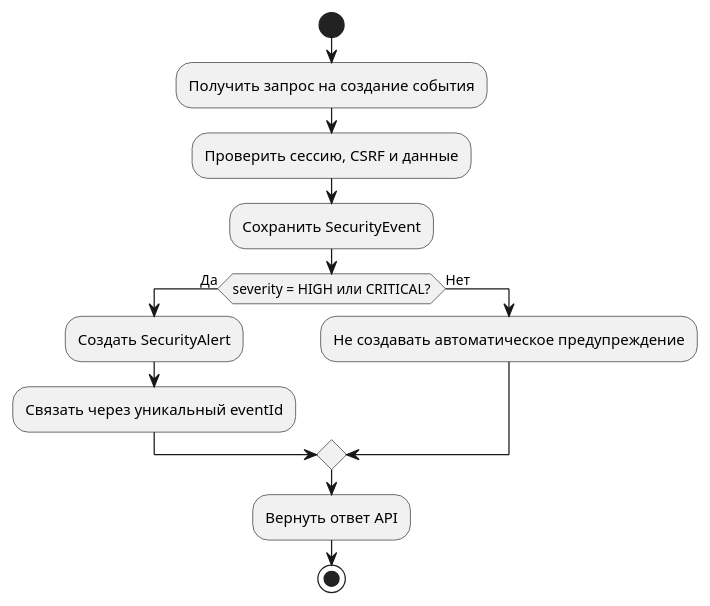
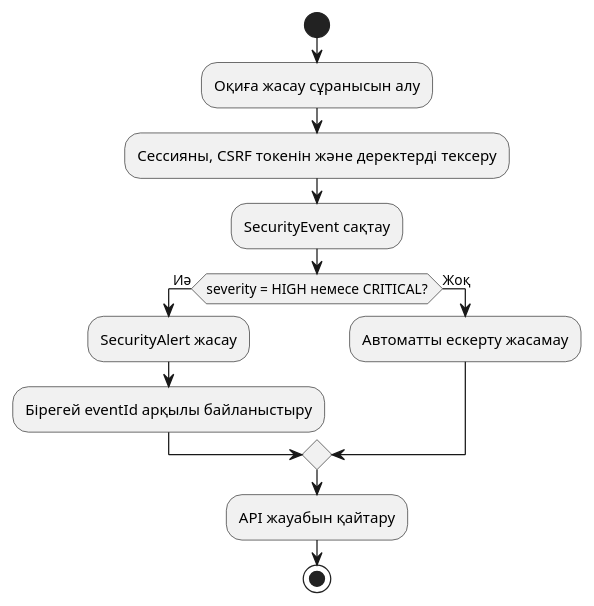
Before and after one commit to FURIA-Team/-SIEM: the diagram in docs/UML/activity-alert-rule.puml, drawn with PlantUML.

Commit message:
docs: translate UML diagram labels into Kazakh

```diff
--- a/docs/UML/activity-alert-rule.puml
+++ b/docs/UML/activity-alert-rule.puml
@@ -1,14 +1,14 @@
 @startuml
 start
-:Получить запрос на создание события;
-:Проверить сессию, CSRF и данные;
-:Сохранить SecurityEvent;
-if (severity = HIGH или CRITICAL?) then (Да)
-  :Создать SecurityAlert;
-  :Связать через уникальный eventId;
-else (Нет)
-  :Не создавать автоматическое предупреждение;
+:Оқиға жасау сұранысын алу;
+:Сессияны, CSRF токенін және деректерді тексеру;
+:SecurityEvent сақтау;
+if (severity = HIGH немесе CRITICAL?) then (Иә)
+  :SecurityAlert жасау;
+  :Бірегей eventId арқылы байланыстыру;
+else (Жоқ)
+  :Автоматты ескерту жасамау;
 endif
-:Вернуть ответ API;
+:API жауабын қайтару;
 stop
 @enduml
```
